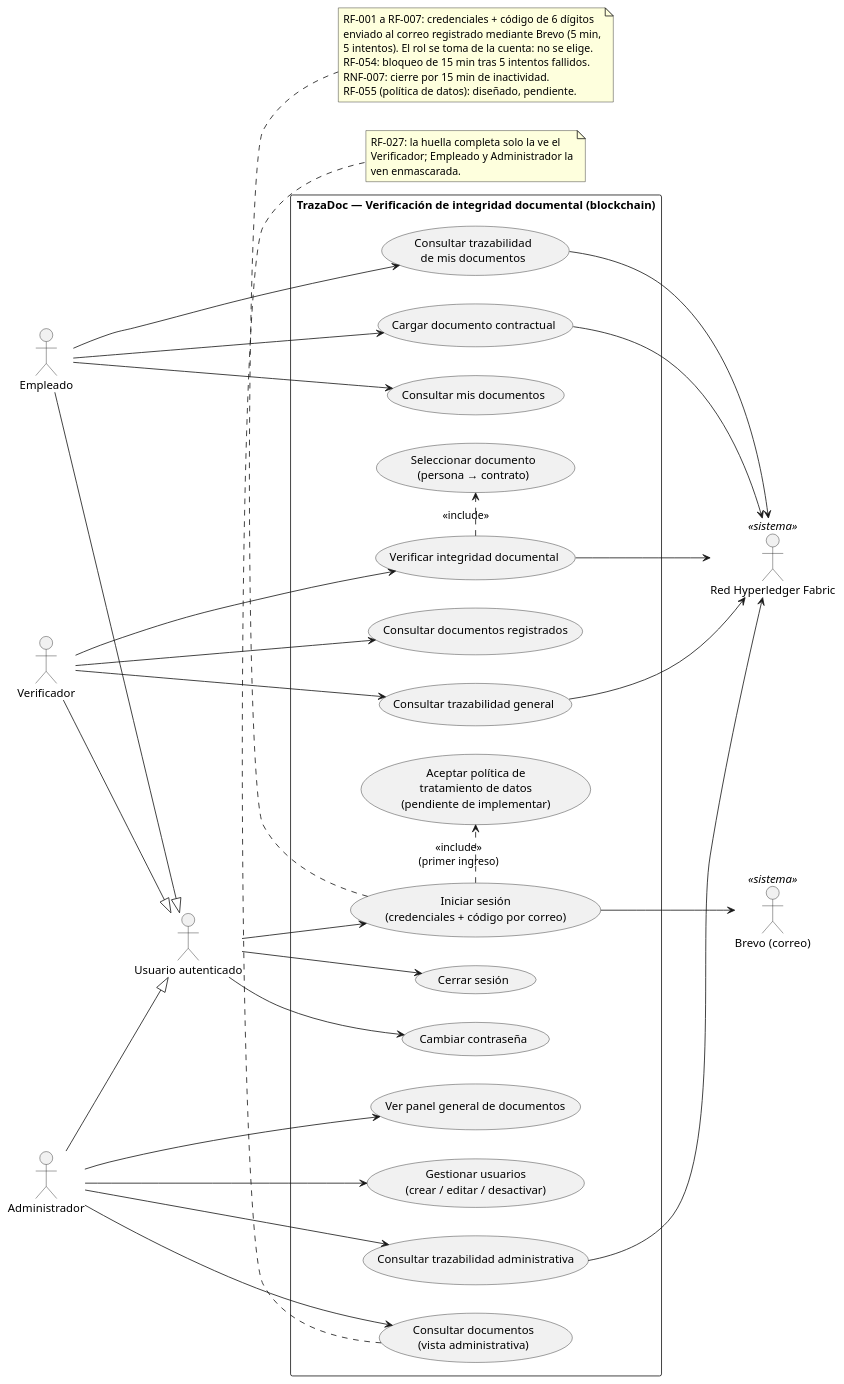
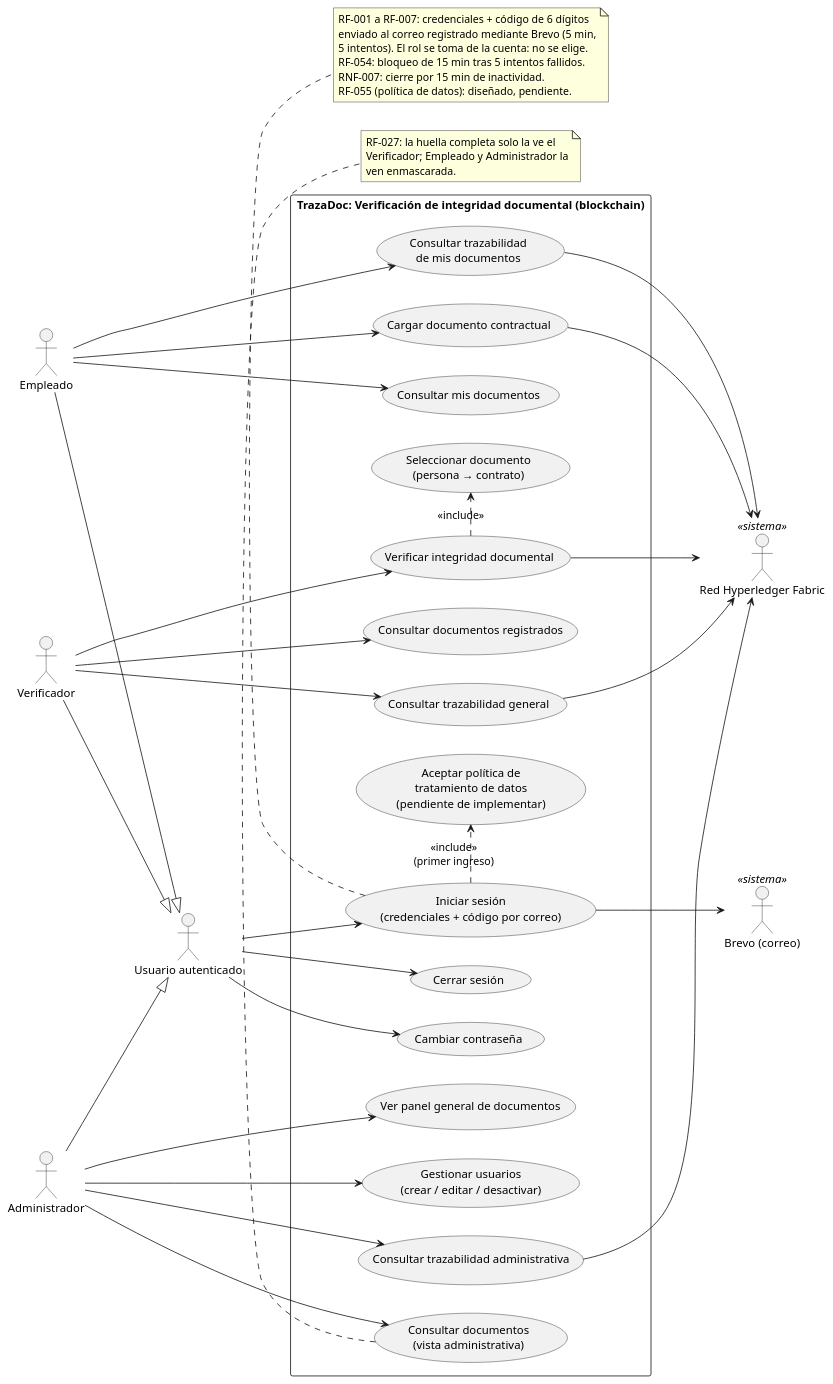
The diagram in docs/uml/00-diagrama-casos-de-uso.puml (swummen/Blockchain_Contratos), drawn with PlantUML before and after one commit. The commit also changed 104 other files, not shown here.

```diff
--- a/docs/uml/00-diagrama-casos-de-uso.puml
+++ b/docs/uml/00-diagrama-casos-de-uso.puml
@@ -1,77 +1,77 @@
 @startuml 00-diagrama-casos-de-uso
 left to right direction
 skinparam packageStyle rectangle
 
 actor "Usuario autenticado" as UsuarioBase
 actor Empleado
 actor Verificador
 actor Administrador
 actor "Red Hyperledger Fabric" as Fabric <<sistema>>
 actor "Brevo (correo)" as Brevo <<sistema>>
 
 Empleado --|> UsuarioBase
 Verificador --|> UsuarioBase
 Administrador --|> UsuarioBase
 
-rectangle "TrazaDoc — Verificación de integridad documental (blockchain)" {
+rectangle "TrazaDoc: Verificación de integridad documental (blockchain)" {
   usecase "Iniciar sesión\n(credenciales + código por correo)" as UC_Login
   usecase "Cerrar sesión" as UC_Logout
   usecase "Cambiar contraseña" as UC_ChangePwd
   usecase "Aceptar política de\ntratamiento de datos\n(pendiente de implementar)" as UC_Policy
 
   usecase "Cargar documento contractual" as UC_Upload
   usecase "Consultar mis documentos" as UC_MyDocs
   usecase "Consultar trazabilidad\nde mis documentos" as UC_MyTrace
 
   usecase "Verificar integridad documental" as UC_Verify
   usecase "Seleccionar documento\n(persona → contrato)" as UC_Select
   usecase "Consultar documentos registrados" as UC_DocsVerifier
   usecase "Consultar trazabilidad general" as UC_TraceGeneral
 
   usecase "Ver panel general de documentos" as UC_Dashboard
   usecase "Gestionar usuarios\n(crear / editar / desactivar)" as UC_ManageUsers
   usecase "Consultar documentos\n(vista administrativa)" as UC_DocsAdmin
   usecase "Consultar trazabilidad administrativa" as UC_TraceAdmin
 }
 
 UsuarioBase --> UC_Login
 UsuarioBase --> UC_Logout
 UsuarioBase --> UC_ChangePwd
 UC_Login .> UC_Policy : <<include>>\n(primer ingreso)
 
 Empleado --> UC_Upload
 Empleado --> UC_MyDocs
 Empleado --> UC_MyTrace
 
 Verificador --> UC_Verify
 UC_Verify .> UC_Select : <<include>>
 Verificador --> UC_DocsVerifier
 Verificador --> UC_TraceGeneral
 
 Administrador --> UC_Dashboard
 Administrador --> UC_ManageUsers
 Administrador --> UC_DocsAdmin
 Administrador --> UC_TraceAdmin
 
 UC_Login --> Brevo
 UC_Upload --> Fabric
 UC_Verify --> Fabric
 UC_MyTrace --> Fabric
 UC_TraceGeneral --> Fabric
 UC_TraceAdmin --> Fabric
 
 note bottom of UC_Login
   RF-001 a RF-007: credenciales + código de 6 dígitos
   enviado al correo registrado mediante Brevo (5 min,
   5 intentos). El rol se toma de la cuenta: no se elige.
   RF-054: bloqueo de 15 min tras 5 intentos fallidos.
   RNF-007: cierre por 15 min de inactividad.
   RF-055 (política de datos): diseñado, pendiente.
 end note
 
 note bottom of UC_DocsAdmin
   RF-027: la huella completa solo la ve el
   Verificador; Empleado y Administrador la
   ven enmascarada.
 end note
 @enduml
```
